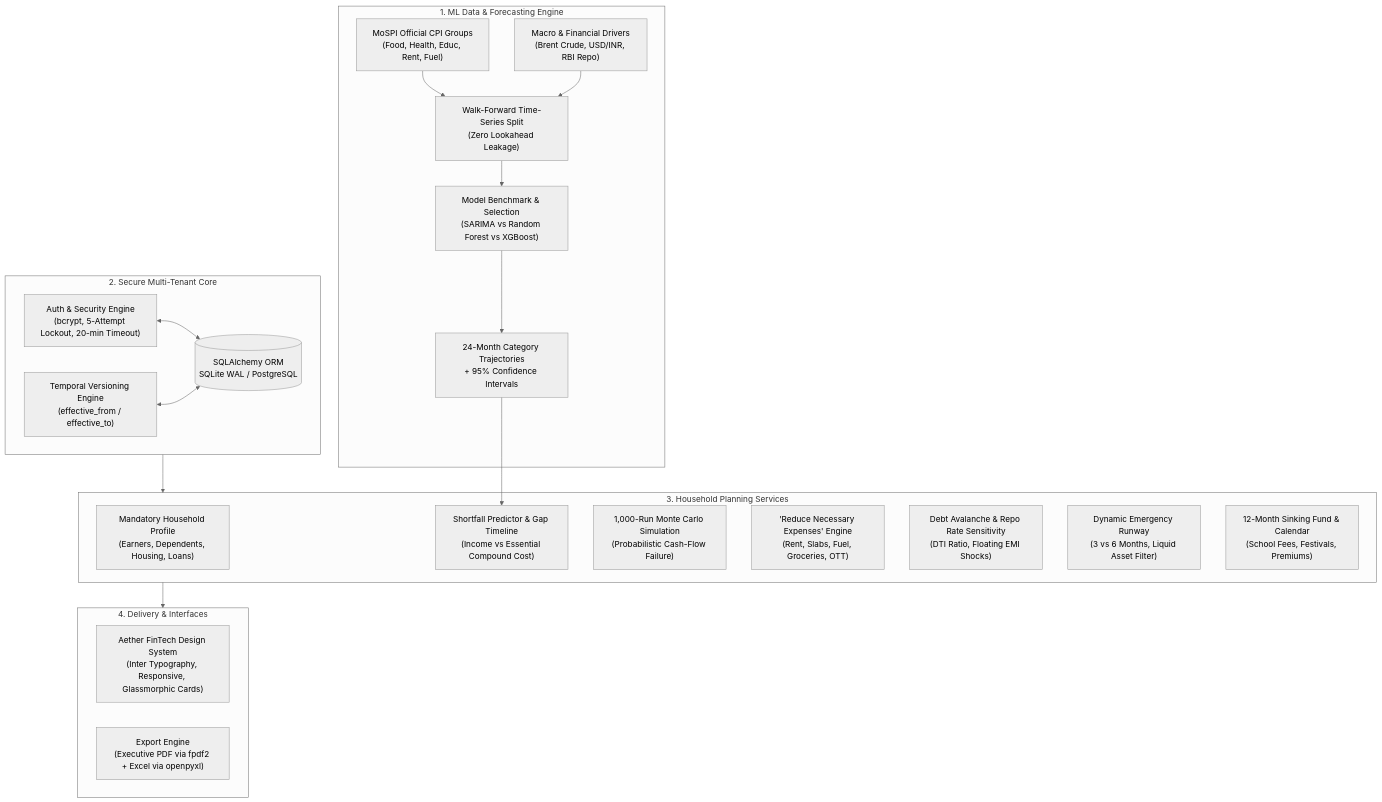
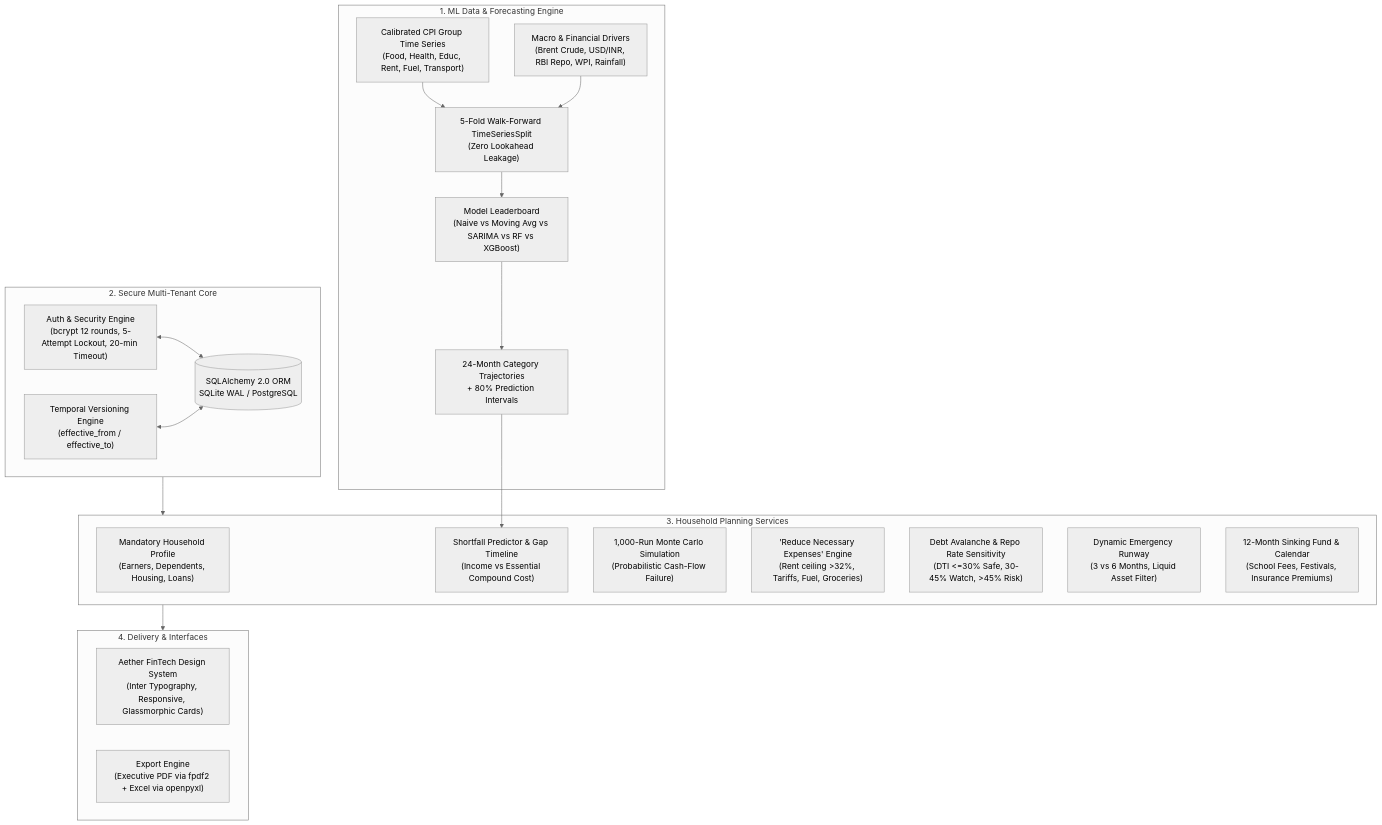
The diagram in README.md (Arsalan269/parivar-arth), drawn with Mermaid (neutral theme) before and after one commit. The commit also changed other lines of this file and 7 other files, not shown here.

````diff
--- a/README.md
+++ b/README.md
@@ -24,41 +26,41 @@
 ```mermaid
 flowchart TD
     subgraph DataEngine["1. ML Data & Forecasting Engine"]
-        MOSPI["MoSPI Official CPI Groups<br/>(Food, Health, Educ, Rent, Fuel)"]
-        MACRO["Macro & Financial Drivers<br/>(Brent Crude, USD/INR, RBI Repo)"]
-        CV["Walk-Forward Time-Series Split<br/>(Zero Lookahead Leakage)"]
-        MODELS["Model Benchmark & Selection<br/>(SARIMA vs Random Forest vs XGBoost)"]
-        FORECASTS["24-Month Category Trajectories<br/>+ 95% Confidence Intervals"]
+        MOSPI["Calibrated CPI Group Time Series<br/>(Food, Health, Educ, Rent, Fuel, Transport)"]
+        MACRO["Macro & Financial Drivers<br/>(Brent Crude, USD/INR, RBI Repo, WPI, Rainfall)"]
+        CV["5-Fold Walk-Forward TimeSeriesSplit<br/>(Zero Lookahead Leakage)"]
+        MODELS["Model Leaderboard<br/>(Naive vs Moving Avg vs SARIMA vs RF vs XGBoost)"]
+        FORECASTS["24-Month Category Trajectories<br/>+ 80% Prediction Intervals"]
         MOSPI --> CV
         MACRO --> CV
         CV --> MODELS
         MODELS --> FORECASTS
     end
 
     subgraph CorePlatform["2. Secure Multi-Tenant Core"]
-        AUTH["Auth & Security Engine<br/>(bcrypt, 5-Attempt Lockout, 20-min Timeout)"]
-        DB[(SQLAlchemy ORM<br/>SQLite WAL / PostgreSQL)]
+        AUTH["Auth & Security Engine<br/>(bcrypt 12 rounds, 5-Attempt Lockout, 20-min Timeout)"]
+        DB[(SQLAlchemy 2.0 ORM<br/>SQLite WAL / PostgreSQL)]
         VERSIONING["Temporal Versioning Engine<br/>(effective_from / effective_to)"]
         AUTH <--> DB
         VERSIONING <--> DB
     end
 
     subgraph PlanningEngine["3. Household Planning Services"]
         PROFILE["Mandatory Household Profile<br/>(Earners, Dependents, Housing, Loans)"]
         SHORTFALL["Shortfall Predictor & Gap Timeline<br/>(Income vs Essential Compound Cost)"]
         MONTECARLO["1,000-Run Monte Carlo Simulation<br/>(Probabilistic Cash-Flow Failure)"]
-        LEVERS["'Reduce Necessary Expenses' Engine<br/>(Rent, Slabs, Fuel, Groceries, OTT)"]
-        DEBT["Debt Avalanche & Repo Rate Sensitivity<br/>(DTI Ratio, Floating EMI Shocks)"]
+        LEVERS["'Reduce Necessary Expenses' Engine<br/>(Rent ceiling >32%, Tariffs, Fuel, Groceries)"]
+        DEBT["Debt Avalanche & Repo Rate Sensitivity<br/>(DTI <=30% Safe, 30-45% Watch, >45% Risk)"]
         EMERGENCY["Dynamic Emergency Runway<br/>(3 vs 6 Months, Liquid Asset Filter)"]
-        SINKING["12-Month Sinking Fund & Calendar<br/>(School Fees, Festivals, Premiums)"]
+        SINKING["12-Month Sinking Fund & Calendar<br/>(School Fees, Festivals, Insurance Premiums)"]
     end
 
     subgraph Delivery["4. Delivery & Interfaces"]
         UI["Aether FinTech Design System<br/>(Inter Typography, Responsive, Glassmorphic Cards)"]
         REPORTS["Export Engine<br/>(Executive PDF via fpdf2 + Excel via openpyxl)"]
     end
 
     FORECASTS --> SHORTFALL
     CorePlatform --> PlanningEngine
     PlanningEngine --> Delivery
 ```
````
